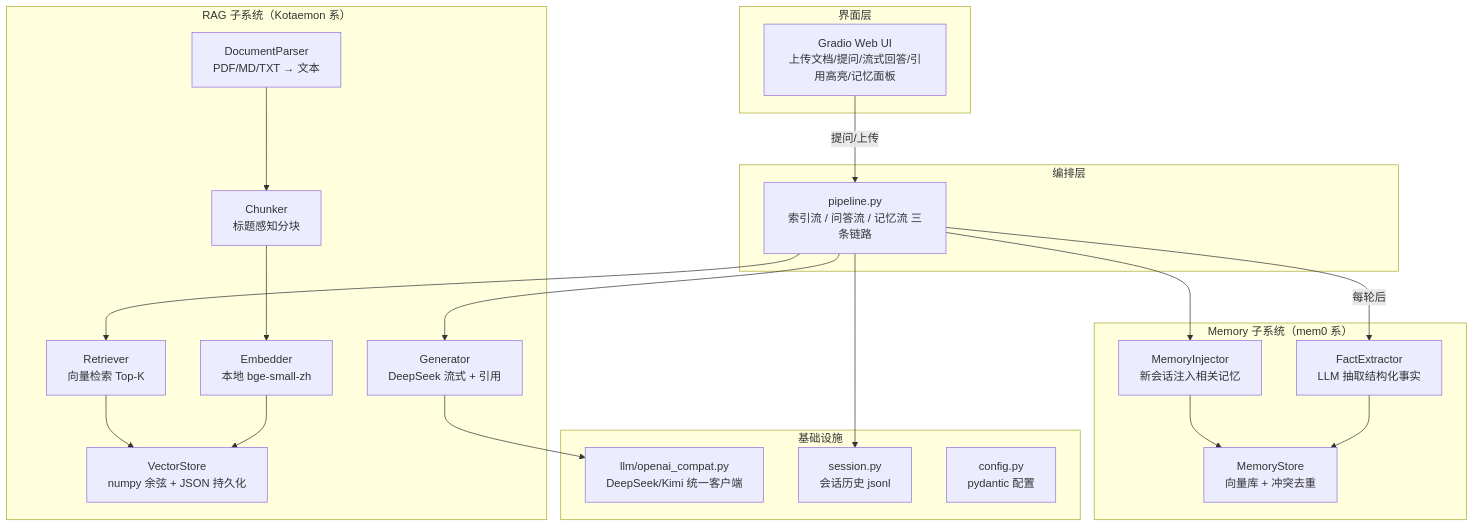
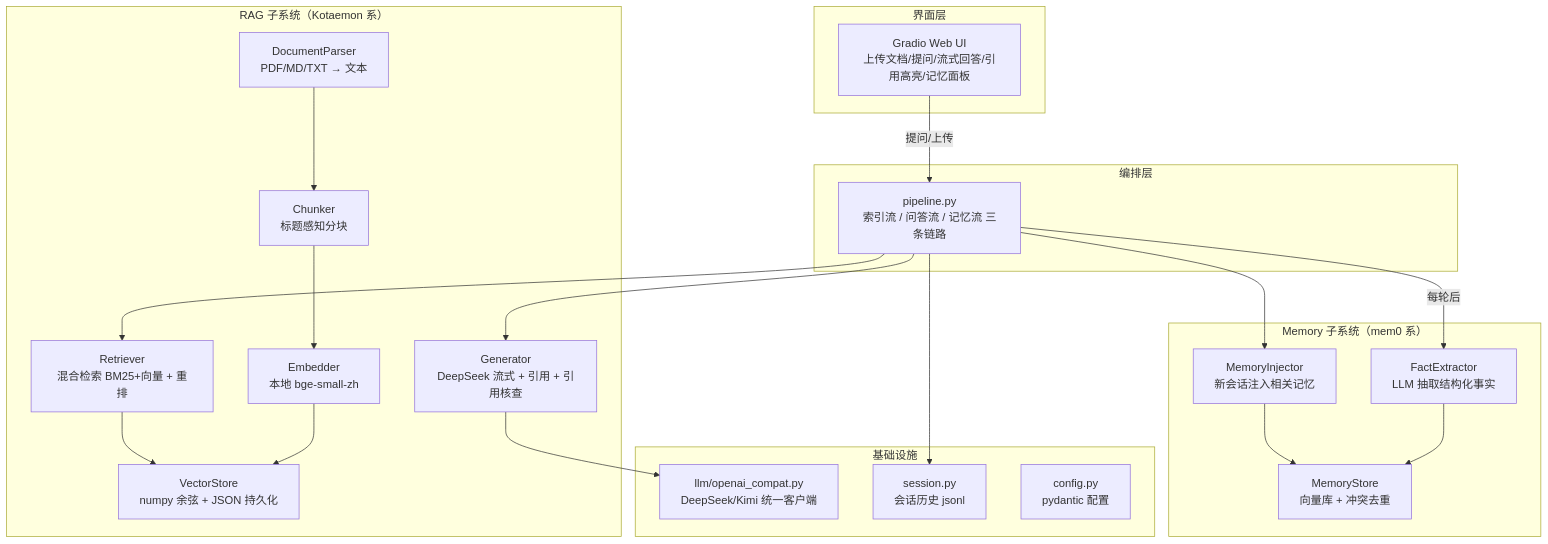
Before and after one commit to Slowswingcloud/MemoDoc: the diagram in docs/ARCHITECTURE.md, drawn with Mermaid. The commit also changed other lines of this file and 74 other files, not shown here.

````diff
--- a/docs/ARCHITECTURE.md
+++ b/docs/ARCHITECTURE.md
@@ -5,39 +5,39 @@
 ```mermaid
 flowchart TB
     subgraph UI["界面层"]
         G["Gradio Web UI<br/>上传文档/提问/流式回答/引用高亮/记忆面板"]
     end
 
     subgraph CORE["编排层"]
         P["pipeline.py<br/>索引流 / 问答流 / 记忆流 三条链路"]
     end
 
     subgraph RAG["RAG 子系统（Kotaemon 系）"]
         R1["DocumentParser<br/>PDF/MD/TXT → 文本"]
         R2["Chunker<br/>标题感知分块"]
         R3["Embedder<br/>本地 bge-small-zh"]
         R4["VectorStore<br/>numpy 余弦 + JSON 持久化"]
-        R5["Retriever<br/>向量检索 Top-K"]
-        R6["Generator<br/>DeepSeek 流式 + 引用"]
+        R5["Retriever<br/>混合检索 BM25+向量 + 重排"]
+        R6["Generator<br/>DeepSeek 流式 + 引用 + 引用核查"]
     end
 
     subgraph MEM["Memory 子系统（mem0 系）"]
         M1["FactExtractor<br/>LLM 抽取结构化事实"]
         M2["MemoryStore<br/>向量库 + 冲突去重"]
         M3["MemoryInjector<br/>新会话注入相关记忆"]
     end
 
     subgraph INFRA["基础设施"]
         L["llm/openai_compat.py<br/>DeepSeek/Kimi 统一客户端"]
         S["session.py<br/>会话历史 jsonl"]
         C["config.py<br/>pydantic 配置"]
     end
 
     G -->|"提问/上传"| P
     P --> R5 --> R4
     R1 --> R2 --> R3 --> R4
     P --> R6 --> L
     P --> M3 --> M2
     P -->|"每轮后"| M1 --> M2
     P --> S
 ```
````
